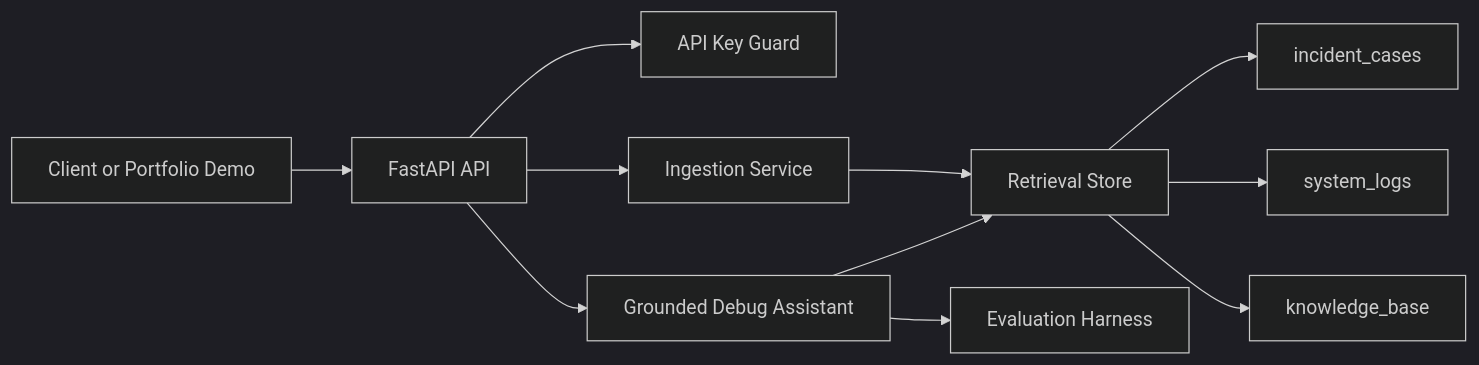
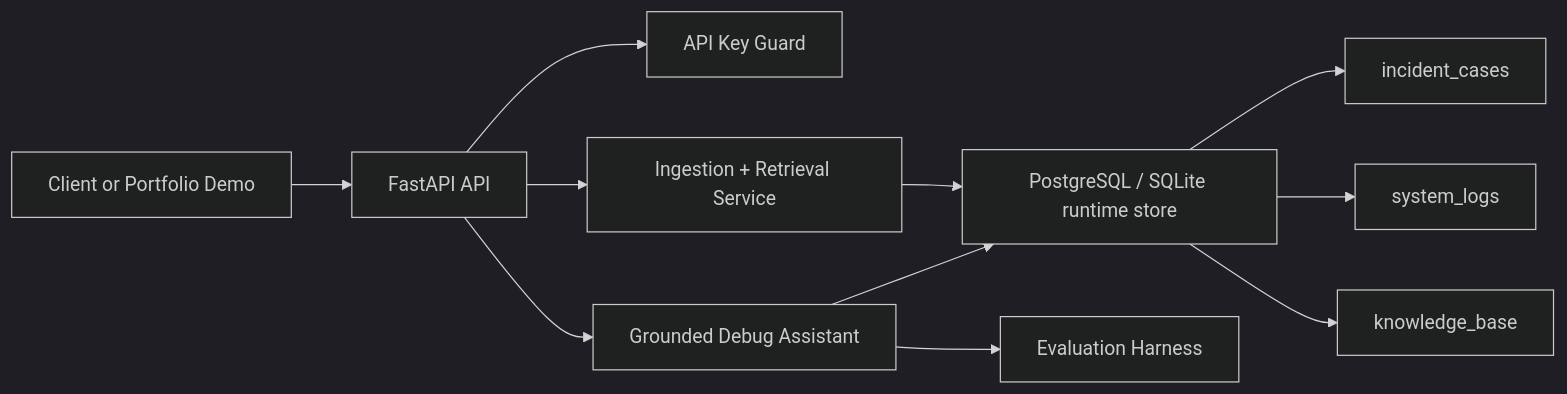
One commit to alesz1296-dev/AI-Debug-Assistant changed the first of 2 diagrams in docs/architecture.md. Above: the diagram before and after it, drawn with Mermaid (dark theme). The commit also changed other lines of this file and 23 other files, not shown here.

````diff
--- a/docs/architecture.md
+++ b/docs/architecture.md
@@ -5,13 +5,13 @@
 ```mermaid
 flowchart LR
     Client["Client or Portfolio Demo"] --> API["FastAPI API"]
     API --> Auth["API Key Guard"]
-    API --> Ingest["Ingestion Service"]
+    API --> Ingest["Ingestion + Retrieval Service"]
     API --> RAG["Grounded Debug Assistant"]
-    Ingest --> Store["Retrieval Store"]
+    Ingest --> Store["PostgreSQL / SQLite runtime store"]
     RAG --> Store
     RAG --> Eval["Evaluation Harness"]
     Store --> Cases["incident_cases"]
     Store --> Logs["system_logs"]
     Store --> KB["knowledge_base"]
 ```
````
